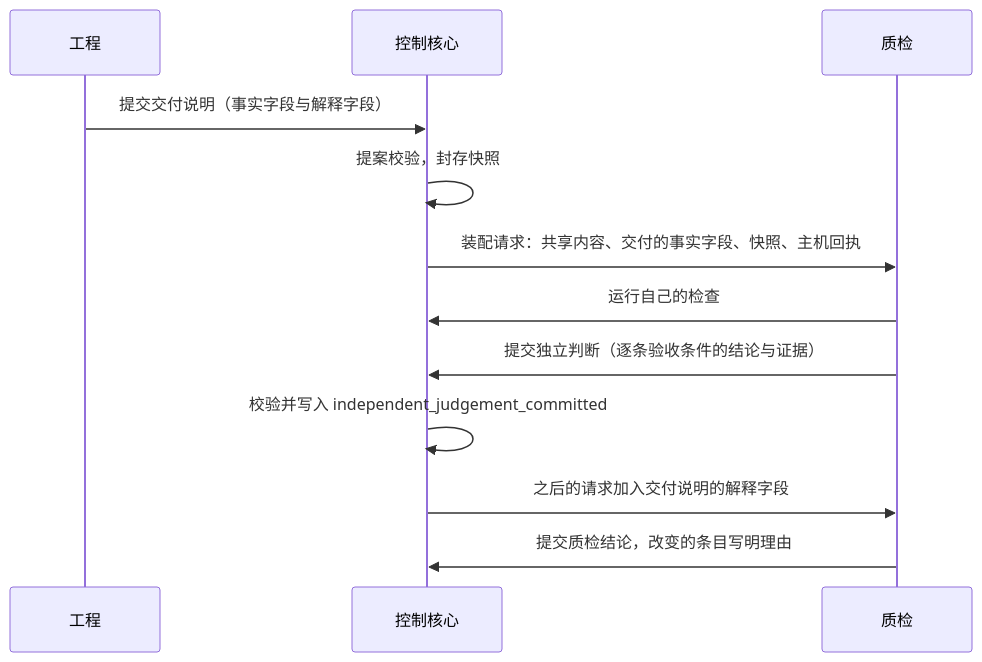
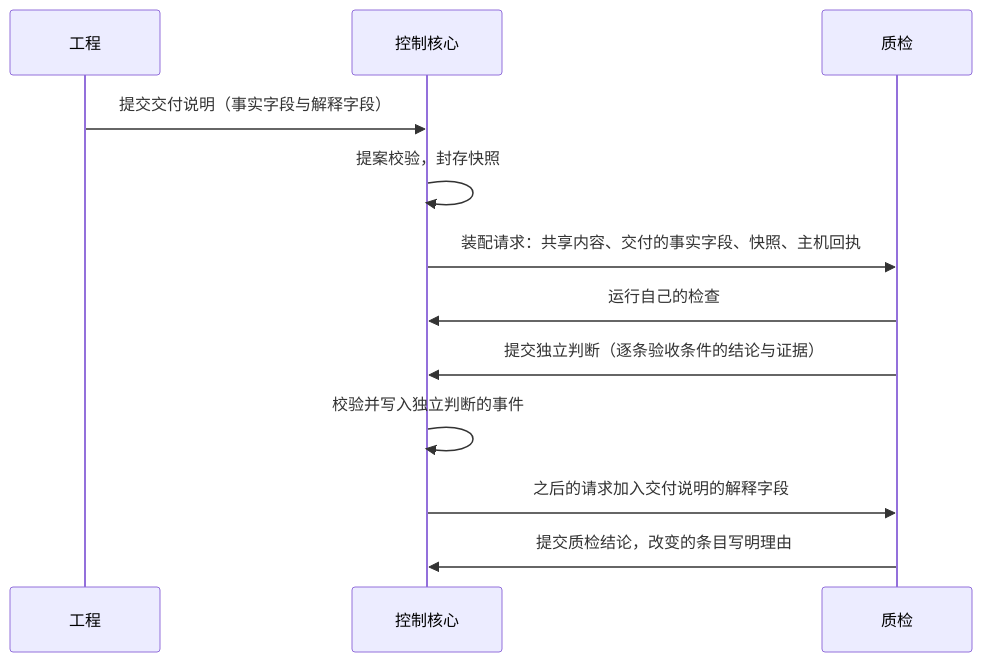
One commit to bender2333/yudao changed the first of 2 diagrams in docs/design/independent-verification.md. Above: the diagram before and after it, drawn with Mermaid. The commit also changed other lines of this file and 183 other files, not shown here.

````diff
--- a/docs/design/independent-verification.md
+++ b/docs/design/independent-verification.md
@@ -40,14 +40,14 @@
 ```mermaid
 sequenceDiagram
   participant E as 工程
   participant C as 控制核心
   participant Q as 质检
   E->>C: 提交交付说明（事实字段与解释字段）
   C->>C: 提案校验，封存快照
   C->>Q: 装配请求：共享内容、交付的事实字段、快照、主机回执
   Q->>C: 运行自己的检查
   Q->>C: 提交独立判断（逐条验收条件的结论与证据）
-  C->>C: 校验并写入 independent_judgement_committed
+  C->>C: 校验并写入独立判断的事件
   C->>Q: 之后的请求加入交付说明的解释字段
   Q->>C: 提交质检结论，改变的条目写明理由
 ```
````
